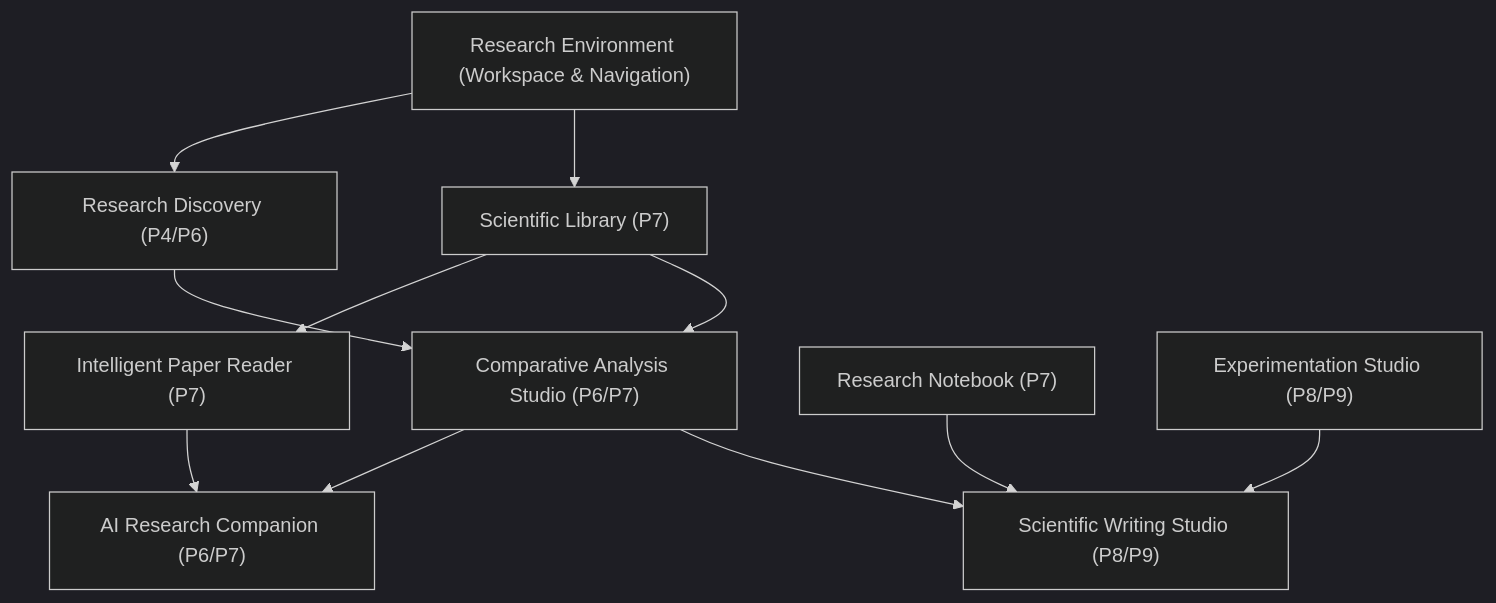
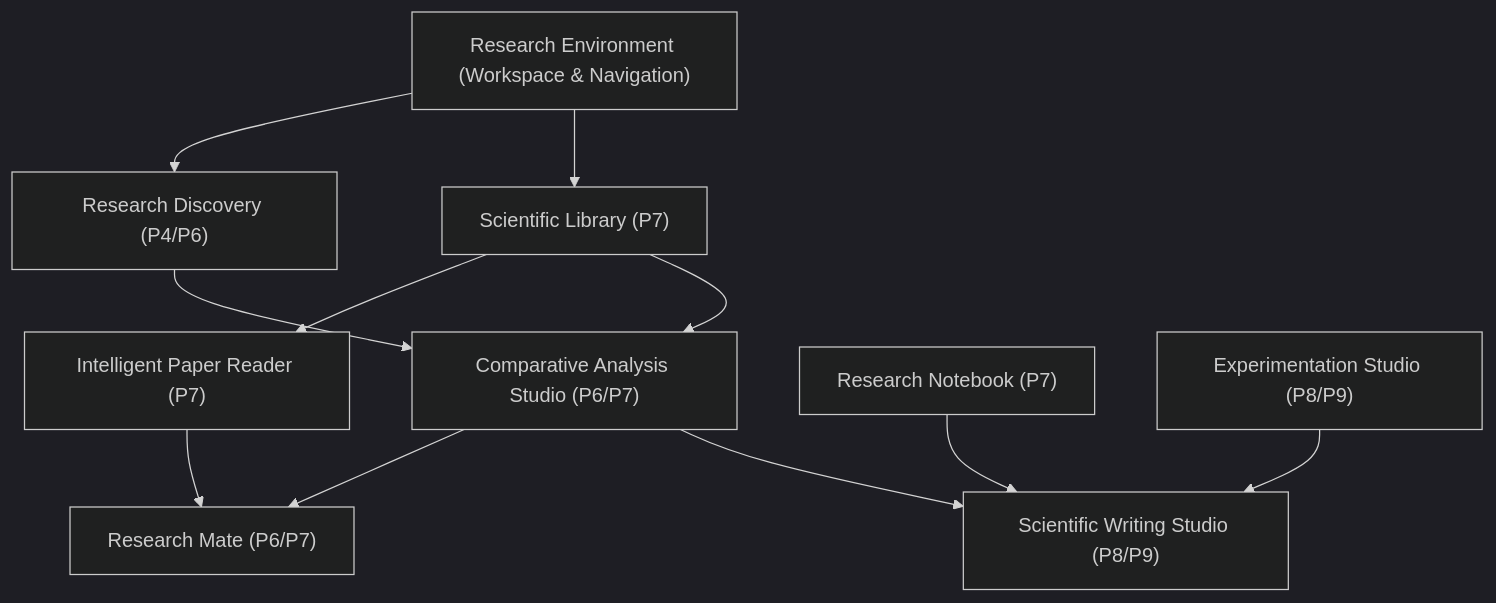
The diagram in docs/product/PRODUCT_CAPABILITY_MAP.md (mmontielpz/tako), drawn with Mermaid (dark theme) before and after one commit. The commit also changed other lines of this file and 6 other files, not shown here.

Commit message:
docs(product): adopt official Research Mate naming and M029E ResearchOS dependency (M028E1)

````diff
--- a/docs/product/PRODUCT_CAPABILITY_MAP.md
+++ b/docs/product/PRODUCT_CAPABILITY_MAP.md
@@ -5,23 +5,23 @@
 ```mermaid
 flowchart TB
   ENV["Research Environment (Workspace & Navigation)"]
   DISC["Research Discovery (P4/P6)"]
   LIB["Scientific Library (P7)"]
   READ["Intelligent Paper Reader (P7)"]
   COMP["Comparative Analysis Studio (P6/P7)"]
-  AI["AI Research Companion (P6/P7)"]
+  AI["Research Mate (P6/P7)"]
   NOTE["Research Notebook (P7)"]
   WRITE["Scientific Writing Studio (P8/P9)"]
   EXP["Experimentation Studio (P8/P9)"]
 
   ENV --> DISC
   ENV --> LIB
   LIB --> READ
   DISC --> COMP
   LIB --> COMP
   READ --> AI
   COMP --> AI
   NOTE --> WRITE
   COMP --> WRITE
   EXP --> WRITE
 ```
````
